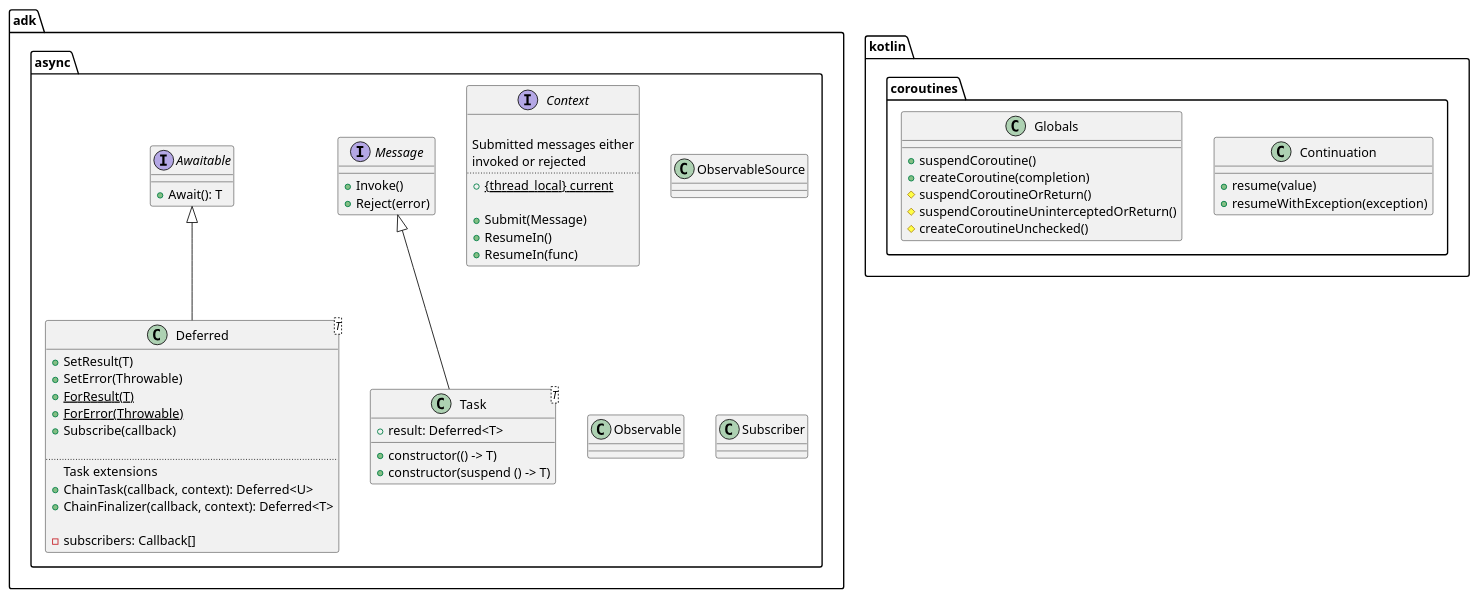
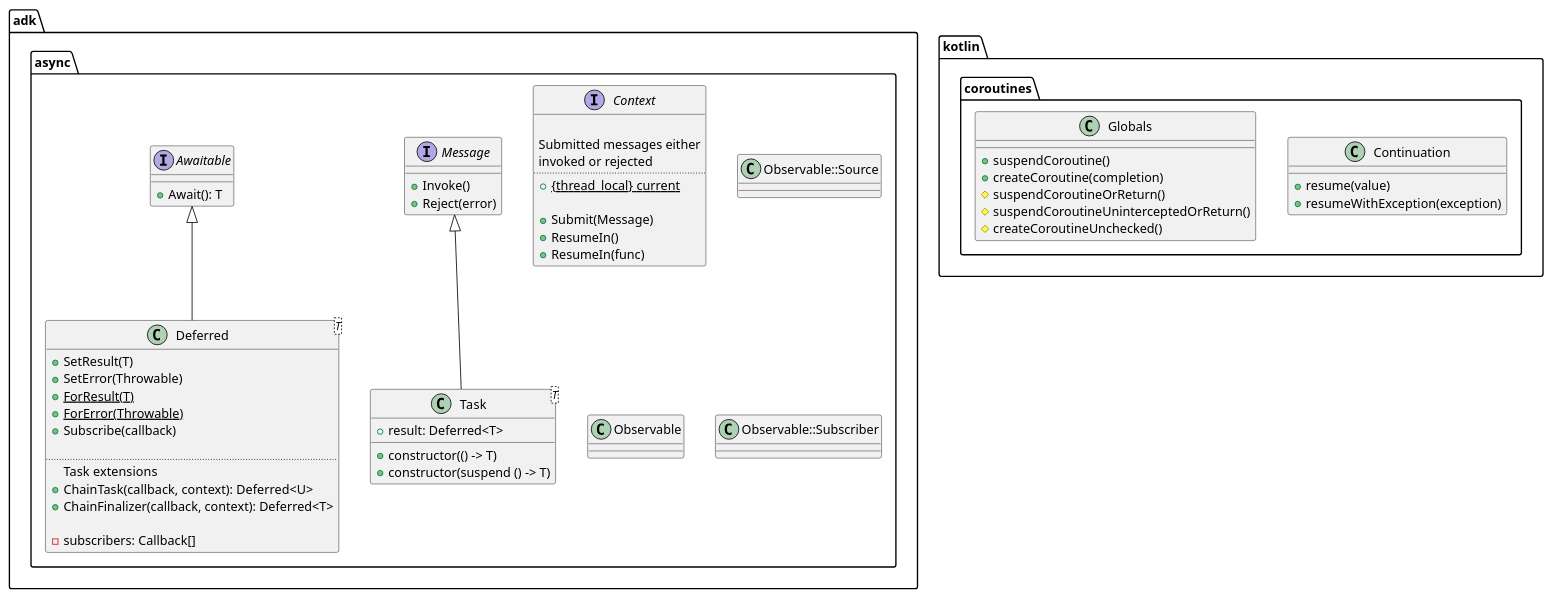
Before and after one commit to vagran/adk-kotlin: the diagram in async/doc/core-classes.puml, drawn with PlantUML. The commit also changed 1 other file, not shown here.

Commit message:
Implementing observable.

```diff
--- a/async/doc/core-classes.puml
+++ b/async/doc/core-classes.puml
@@ -1,80 +1,80 @@
 @startuml
 
 package adk.async {
 
 interface Message {
 
 +Invoke()
 +Reject(error)
 
 }
 
 interface Context {
 
 Submitted messages either
 invoked or rejected
 ..
 +{static}{thread_local} current
 
 +Submit(Message)
 +ResumeIn()
 +ResumeIn(func)
 }
 
 Message <|-- Task
 class Task<T> {
     +constructor(() -> T)
     +constructor(suspend () -> T)
     +result: Deferred<T>
 }
 
 interface Awaitable {
     +Await(): T
 }
 
 Awaitable <|-- Deferred
 
 class Deferred<T> {
     +SetResult(T)
     +SetError(Throwable)
     +{static}ForResult(T)
     +{static}ForError(Throwable)
     +Subscribe(callback)
 
     ..
     Task extensions
     +ChainTask(callback, context): Deferred<U>
     +ChainFinalizer(callback, context): Deferred<T>
 
     {field}-subscribers: Callback[]
 }
 
-class ObservableSource {
+class Observable::Source {
 }
 
 class Observable {
 }
 
-class Subscriber {
+class Observable::Subscriber {
 }
 
 }
 
 package kotlin.coroutines {
 
 class Continuation {
     +resume(value)
     +resumeWithException(exception)
 }
 
 class Globals {
     +suspendCoroutine()
     +createCoroutine(completion)
     #suspendCoroutineOrReturn()
     #suspendCoroutineUninterceptedOrReturn()
     #createCoroutineUnchecked()
 }
 
 }
 
 @enduml
```
